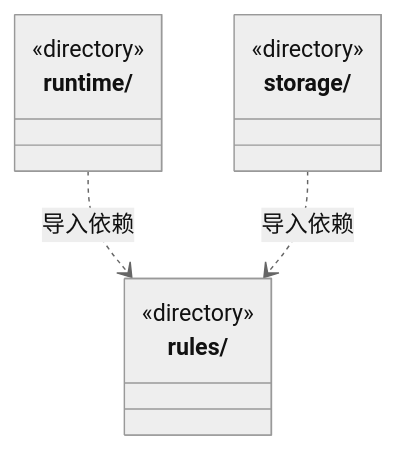
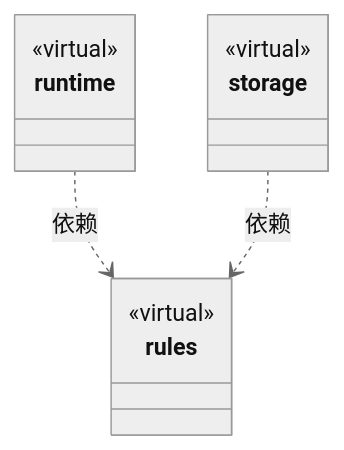
The diagram in src/logic/dispatch/ARCHITECTURE.md (nan023062/cbim), drawn with Mermaid (neutral theme) before and after one commit. The commit also changed other lines of this file and 158 other files, not shown here.

Commit message:
docs: model architecture through nested virtual encapsulations

````diff
--- a/src/logic/dispatch/ARCHITECTURE.md
+++ b/src/logic/dispatch/ARCHITECTURE.md
@@ -35,14 +17,17 @@
 ```mermaid
 classDiagram
-class N_src_logic_dispatch_rules["rules/"] {
-  <<directory>>
+class N_20d1340a6358["rules"] {
+  <<virtual>>
 }
-class N_src_logic_dispatch_runtime["runtime/"] {
-  <<directory>>
+click N_20d1340a6358 href "rules/ARCHITECTURE.md"
+class N_9ae7236cfde4["runtime"] {
+  <<virtual>>
 }
-class N_src_logic_dispatch_storage["storage/"] {
-  <<directory>>
+click N_9ae7236cfde4 href "runtime/ARCHITECTURE.md"
+class N_d3b1050ec42a["storage"] {
+  <<virtual>>
 }
-N_src_logic_dispatch_runtime ..> N_src_logic_dispatch_rules : 导入依赖
-N_src_logic_dispatch_storage ..> N_src_logic_dispatch_rules : 导入依赖
+click N_d3b1050ec42a href "storage/ARCHITECTURE.md"
+N_9ae7236cfde4 ..> N_20d1340a6358 : 依赖
+N_d3b1050ec42a ..> N_20d1340a6358 : 依赖
 ```
````
